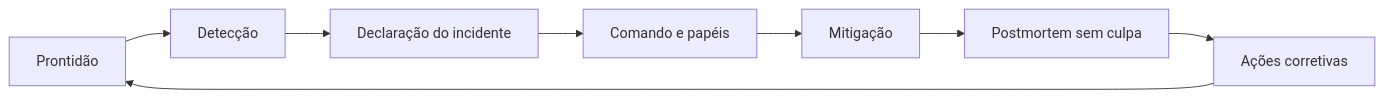
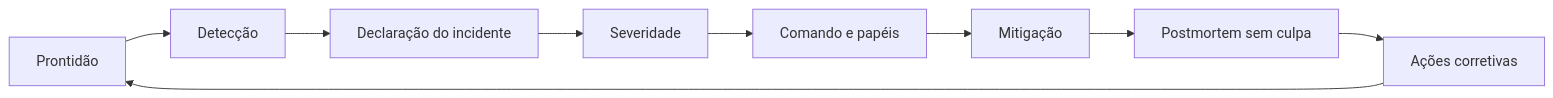
The diagram in docs/capitulos/capitulo-09.md (rafaelrezo/curso-engenharia-confiabilidade), drawn with Mermaid before and after one commit. The commit also changed other lines of this file and 31 other files, not shown here.

````diff
--- a/docs/capitulos/capitulo-09.md
+++ b/docs/capitulos/capitulo-09.md
@@ -115,10 +136,11 @@
 ```mermaid
 flowchart LR
     Prep["Prontidão"] --> Detect["Detecção"]
     Detect --> Declare["Declaração do incidente"]
-    Declare --> Command["Comando e papéis"]
+    Declare --> Severity["Severidade"]
+    Severity --> Command["Comando e papéis"]
     Command --> Mitigate["Mitigação"]
     Mitigate --> Learn["Postmortem sem culpa"]
     Learn --> Actions["Ações corretivas"]
     Actions --> Prep
 ```
````
